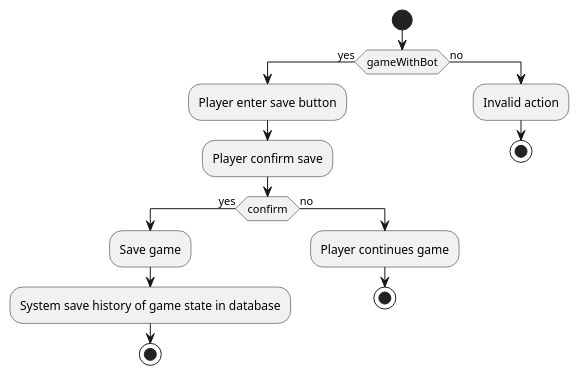
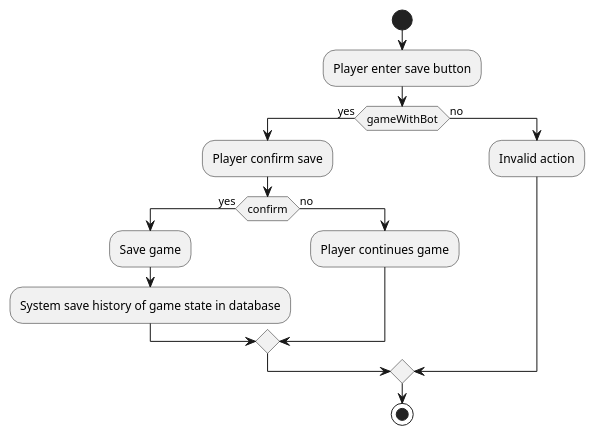
One commit to nthanq2505/PlantUML-for-ChessGame changed the diagram in activities/playerSaveGame.pu. Above: the diagram before and after it, drawn with PlantUML. The commit also changed 13 other files, not shown here.

```diff
--- a/activities/playerSaveGame.pu
+++ b/activities/playerSaveGame.pu
@@ -1,19 +1,18 @@
 @startuml
 
 start
+:Player enter save button;
 if (gameWithBot) then (yes)
-    :Player enter save button;
     :Player confirm save;
     if (confirm) then (yes)
         :Save game;
         :System save history of game state in database;
-        stop
     else (no)
-        :Player continues game; 
-        stop
+        :Player continues game;
     endif
 else (no)
     :Invalid action;
-    stop
+endif
+stop
 
 @enduml
```
